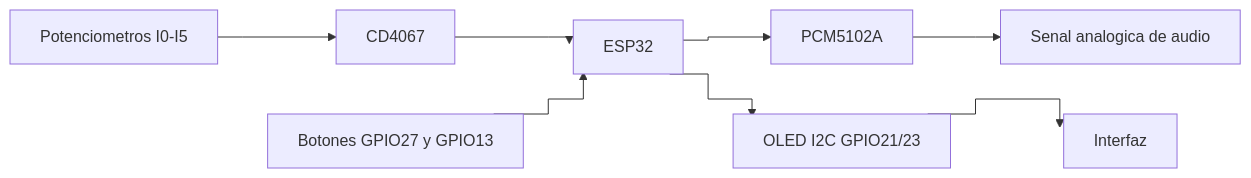
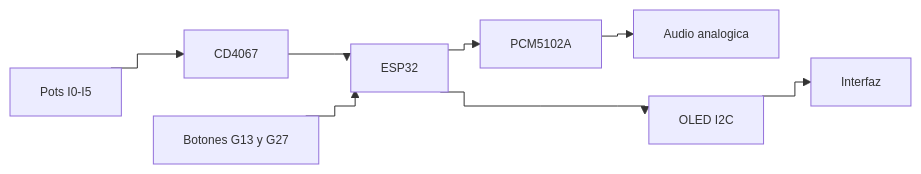
One commit to pablex99/Synth changed the first of 2 diagrams in README.md. Above: the diagram before and after it, drawn with Mermaid. The commit also changed other lines of this file, not shown here.

Commit message:
Tighten architecture routing and button concentric visuals (#14)

````diff
--- a/README.md
+++ b/README.md
@@ -20,18 +20,21 @@
 ```mermaid
-%%{init: {'flowchart': {'curve': 'stepAfter'}}}%%
+%%{init: {'flowchart': {'curve': 'stepAfter', 'nodeSpacing': 28, 'rankSpacing': 32}, 'themeVariables': {'fontSize': '12px'}}}%%
 flowchart LR
-  POTS[Potenciometros I0-I5] --> MUX[CD4067]
-  MUX --> ESP[ESP32]
-  ESP --> DAC[PCM5102A]
-  DAC --> AUDIO[Senal analogica de audio]
+  POTS[Pots I0-I5] --> MUX[CD4067] --> ESP[ESP32] --> DAC[PCM5102A] --> AUDIO[Audio analogica]
 
-  BTN[Botones GPIO27 y GPIO13] --> ESP
-  ESP --> OLED[OLED I2C GPIO21/23]
+  BTN[Botones G13 y G27] --> ESP
+  ESP --> OLED[OLED I2C]
   OLED --> UI[Interfaz]
 
-	BTN --- OLED
-	OLED --- UI
+  BTN --- OLED
+  OLED --- UI
+  POTS --- BTN
+  DAC --- OLED
+  AUDIO --- UI
 
-	linkStyle 7 stroke:transparent,stroke-width:0px
-	linkStyle 8 stroke:transparent,stroke-width:0px
+  linkStyle 7 stroke:transparent,stroke-width:0px
+  linkStyle 8 stroke:transparent,stroke-width:0px
+  linkStyle 9 stroke:transparent,stroke-width:0px
+  linkStyle 10 stroke:transparent,stroke-width:0px
+  linkStyle 11 stroke:transparent,stroke-width:0px
 ```
````
